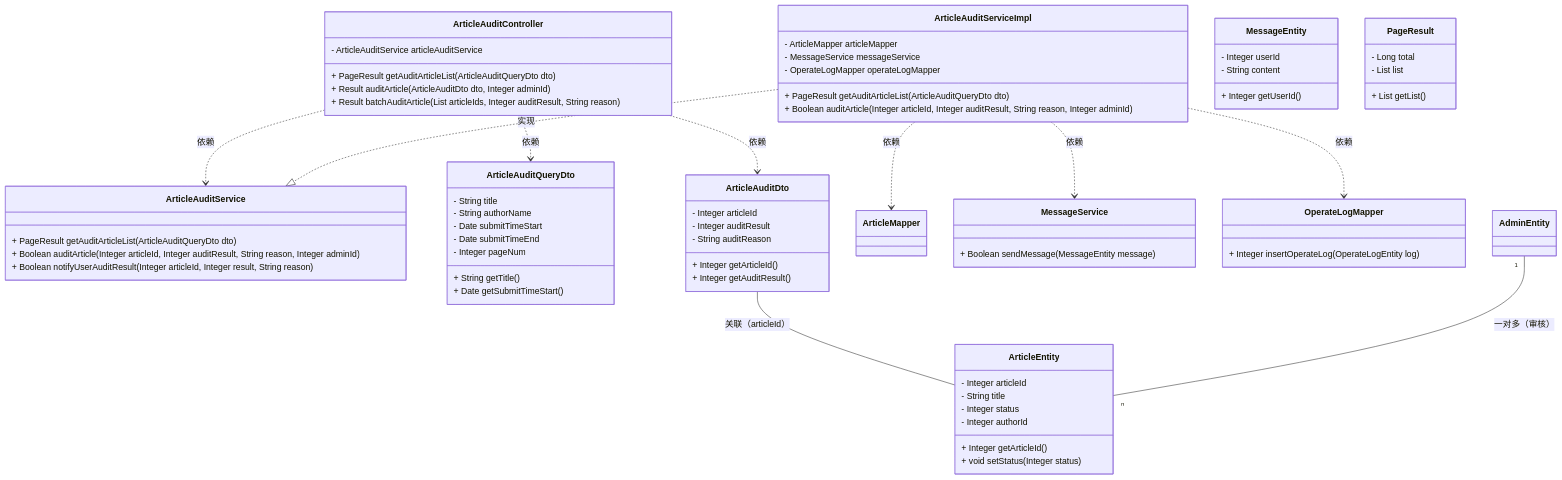
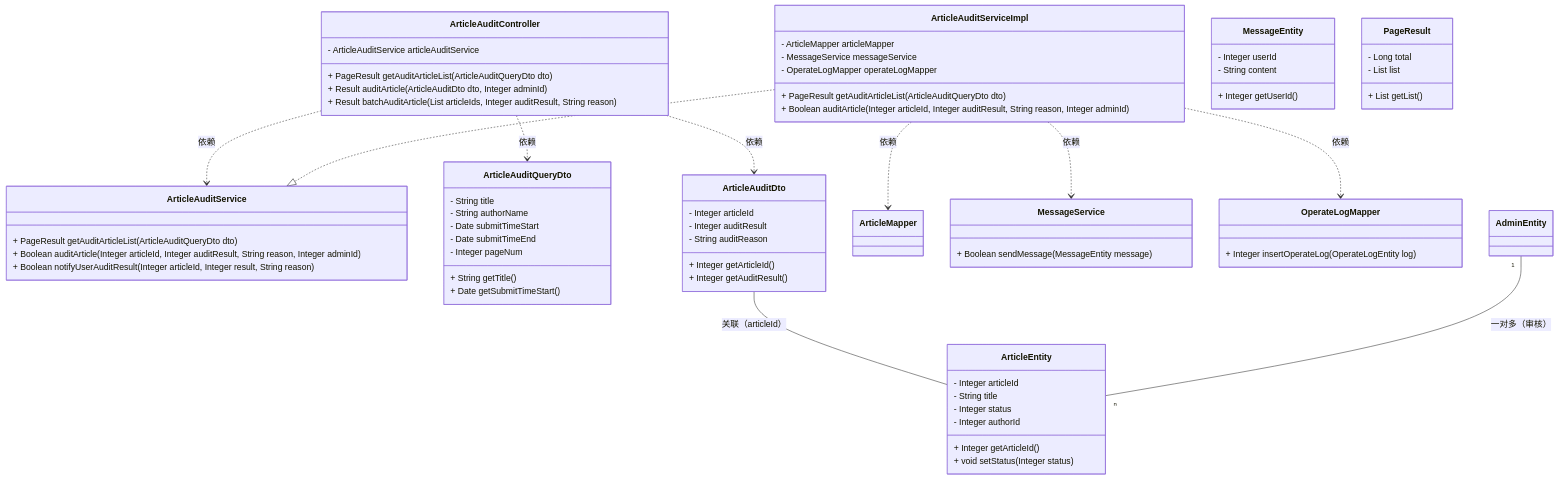
The diagram in all/未命名-1.md (DEbalanceUX/iodraw-files), drawn with Mermaid before and after one commit.

Commit message:
2025-12-11 14:46:23 update

````diff
--- a/all/未命名-1.md
+++ b/all/未命名-1.md
@@ -1,82 +1,82 @@
 ```mermaid
 classDiagram
     %% 关系定义
-    ArticleAuditServiceImpl ..|> ArticleAuditService : 实现
+    ArticleAuditServiceImpl ..|> ArticleAuditService 
     ArticleAuditController ..> ArticleAuditService : 依赖
     ArticleAuditController ..> ArticleAuditQueryDto : 依赖
     ArticleAuditController ..> ArticleAuditDto : 依赖
     ArticleAuditServiceImpl ..> ArticleMapper : 依赖
     ArticleAuditServiceImpl ..> MessageService : 依赖
     ArticleAuditServiceImpl ..> OperateLogMapper : 依赖
     AdminEntity "1" -- "n" ArticleEntity : 一对多（审核）
     ArticleAuditDto -- ArticleEntity : 关联（articleId）
 
     %% 核心类定义
     class ArticleAuditQueryDto {
         - String title
         - String authorName
         - Date submitTimeStart
         - Date submitTimeEnd
         - Integer pageNum
         + String getTitle()
         + Date getSubmitTimeStart()
     }
 
     class ArticleAuditDto {
         - Integer articleId
         - Integer auditResult
         - String auditReason
         + Integer getArticleId()
         + Integer getAuditResult()
     }
 
     class ArticleAuditController {
         - ArticleAuditService articleAuditService
         + PageResult<ArticleEntity> getAuditArticleList(ArticleAuditQueryDto dto)
         + Result auditArticle(ArticleAuditDto dto, Integer adminId)
         + Result batchAuditArticle(List<Integer> articleIds, Integer auditResult, String reason)
     }
 
     class ArticleAuditService {
         + PageResult<ArticleEntity> getAuditArticleList(ArticleAuditQueryDto dto)
         + Boolean auditArticle(Integer articleId, Integer auditResult, String reason, Integer adminId)
         + Boolean notifyUserAuditResult(Integer articleId, Integer result, String reason)
     }
 
     class ArticleAuditServiceImpl {
         - ArticleMapper articleMapper
         - MessageService messageService
         - OperateLogMapper operateLogMapper
         + PageResult<ArticleEntity> getAuditArticleList(ArticleAuditQueryDto dto)
         + Boolean auditArticle(Integer articleId, Integer auditResult, String reason, Integer adminId)
     }
 
     class ArticleEntity {
         - Integer articleId
         - String title
         - Integer status
         - Integer authorId
         + Integer getArticleId()
         + void setStatus(Integer status)
     }
 
     class MessageService {
         + Boolean sendMessage(MessageEntity message)
     }
 
     class MessageEntity {
         - Integer userId
         - String content
         + Integer getUserId()
     }
 
     class OperateLogMapper {
         + Integer insertOperateLog(OperateLogEntity log)
     }
 
     class PageResult {
         - Long total
         - List<T> list
         + List<T> getList()
     }
 ```
````
